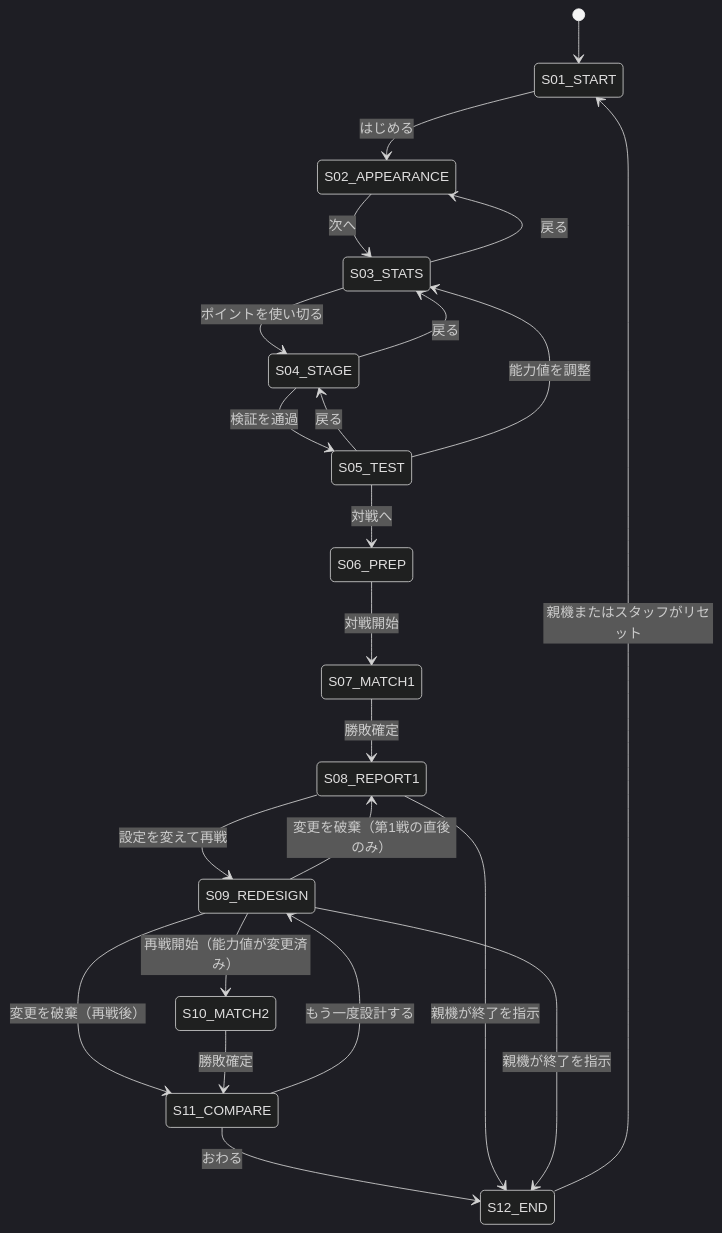
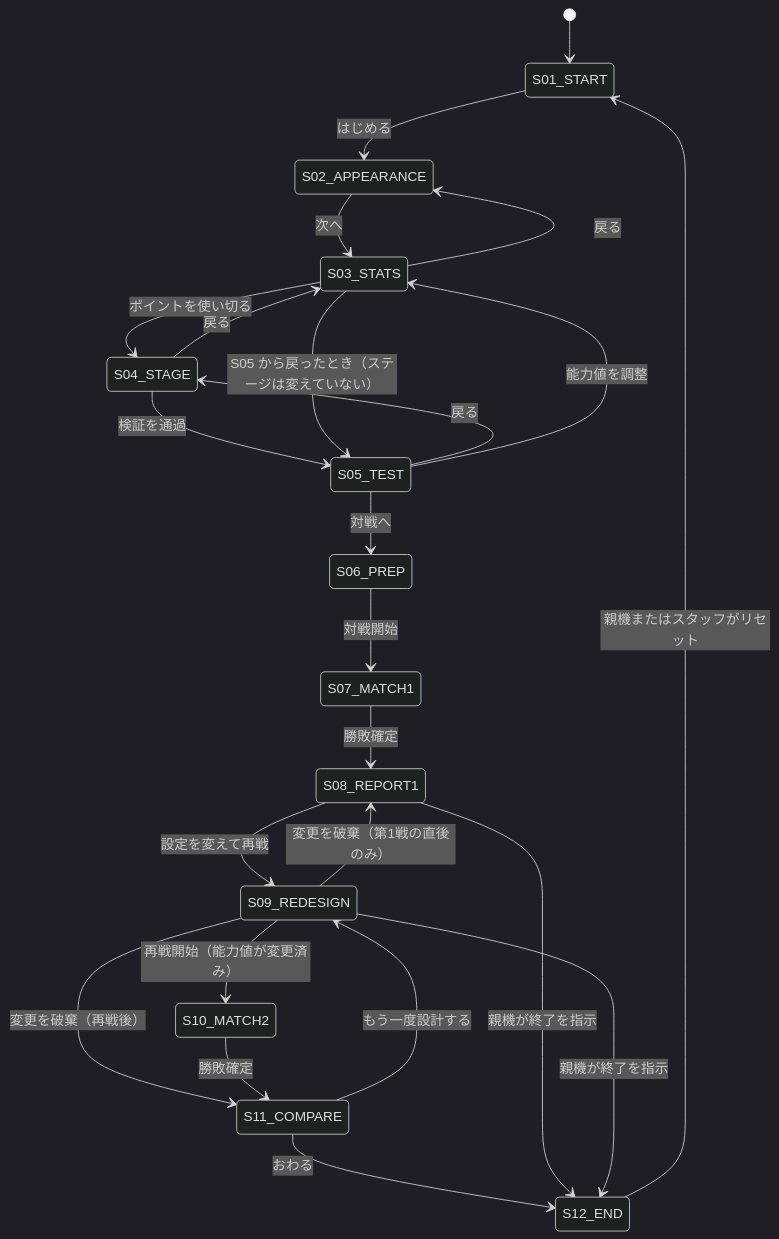
Before and after one commit to m0o9l0v3/oc-battle-sim: the diagram in docs/01-experience/user-flow.md, drawn with Mermaid (dark theme). The commit also changed other lines of this file and 2 other files, not shown here.

````diff
--- a/docs/01-experience/user-flow.md
+++ b/docs/01-experience/user-flow.md
@@ -173,25 +173,26 @@
 ```mermaid
 stateDiagram-v2
   [*] --> S01_START
   S01_START --> S02_APPEARANCE: はじめる
   S02_APPEARANCE --> S03_STATS: 次へ
   S03_STATS --> S02_APPEARANCE: 戻る
   S03_STATS --> S04_STAGE: ポイントを使い切る
   S04_STAGE --> S03_STATS: 戻る
   S04_STAGE --> S05_TEST: 検証を通過
   S05_TEST --> S04_STAGE: 戻る
   S05_TEST --> S03_STATS: 能力値を調整
+  S03_STATS --> S05_TEST: S05 から戻ったとき（ステージは変えていない）
   S05_TEST --> S06_PREP: 対戦へ
   S06_PREP --> S07_MATCH1: 対戦開始
   S07_MATCH1 --> S08_REPORT1: 勝敗確定
   S08_REPORT1 --> S09_REDESIGN: 設定を変えて再戦
   S09_REDESIGN --> S08_REPORT1: 変更を破棄（第1戦の直後のみ）
   S09_REDESIGN --> S11_COMPARE: 変更を破棄（再戦後）
   S09_REDESIGN --> S10_MATCH2: 再戦開始（能力値が変更済み）
   S10_MATCH2 --> S11_COMPARE: 勝敗確定
   S11_COMPARE --> S09_REDESIGN: もう一度設計する
   S11_COMPARE --> S12_END: おわる
   S08_REPORT1 --> S12_END: 親機が終了を指示
   S09_REDESIGN --> S12_END: 親機が終了を指示
   S12_END --> S01_START: 親機またはスタッフがリセット
 ```
````
